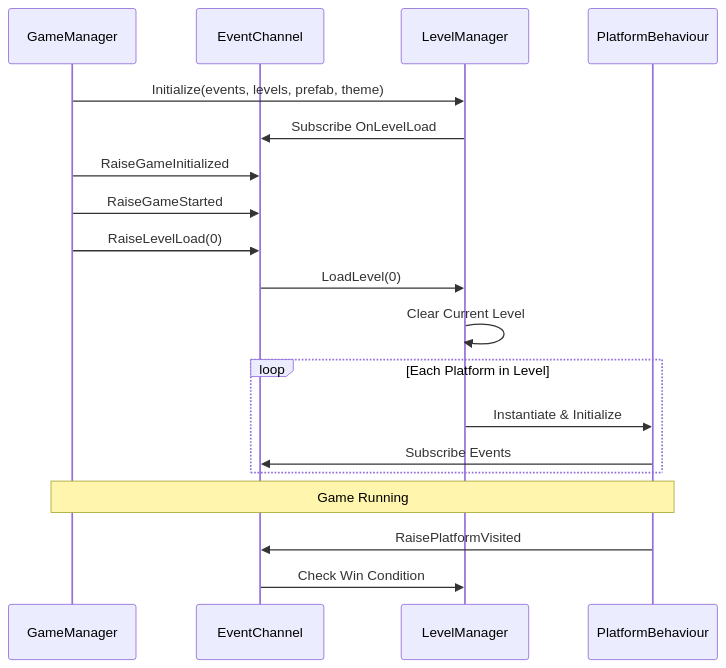
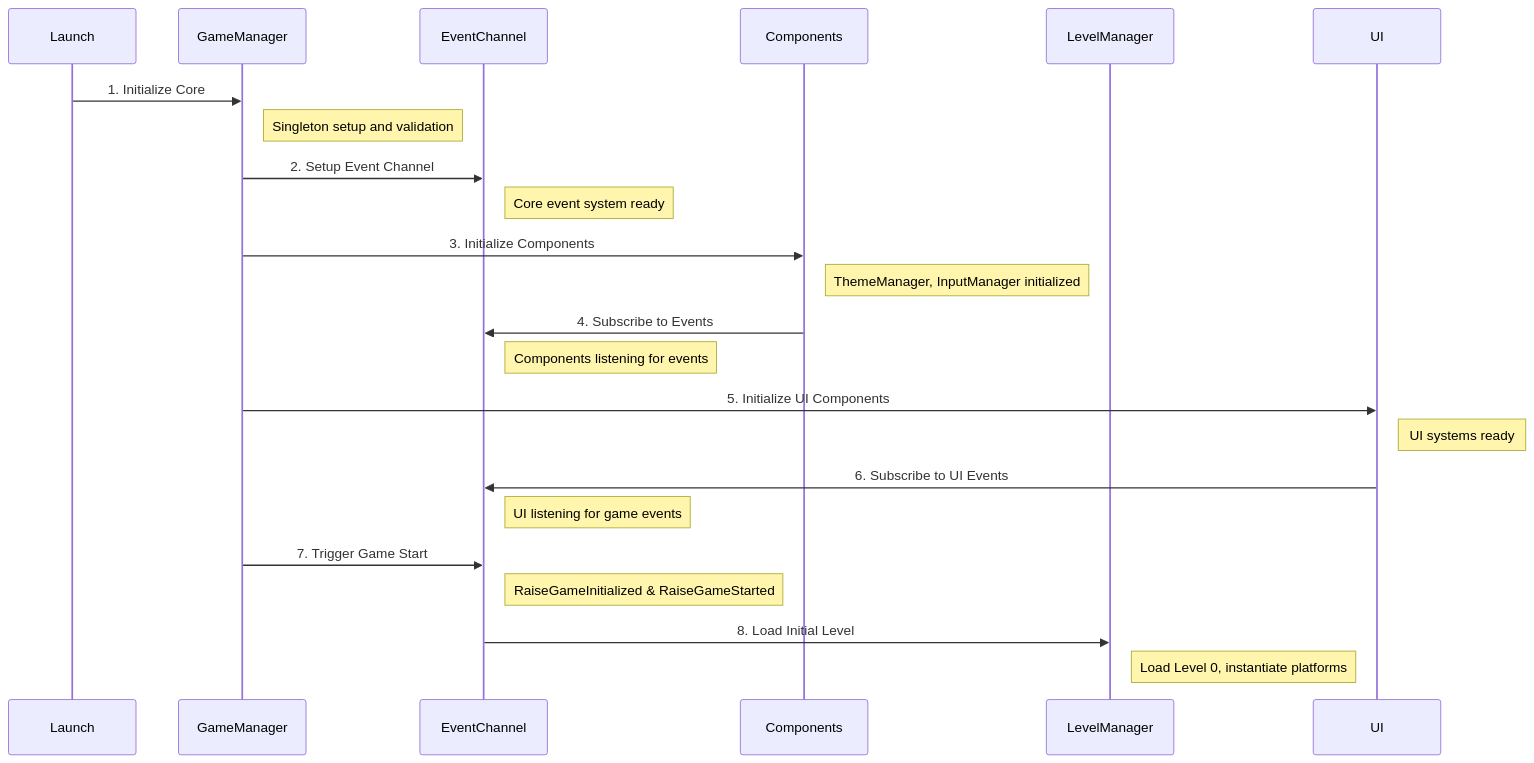
The diagram in GameArchitecture/readme.md (MaesAntoine/review), drawn with Mermaid before and after one commit.

Commit message:
adjusted diagram

````diff
--- a/GameArchitecture/readme.md
+++ b/GameArchitecture/readme.md
@@ -11,29 +11,33 @@
 ```mermaid
 sequenceDiagram
+    participant Launch
     participant GameManager
     participant EventChannel
+    participant Components
     participant LevelManager
-    participant PlatformBehaviour
+    participant UI
 
-    %% Core Initialization
-    GameManager->>LevelManager: Initialize(events, levels, prefab, theme)
-    LevelManager->>EventChannel: Subscribe OnLevelLoad
+    Launch->>GameManager: 1. Initialize Core
+    Note right of GameManager: Singleton setup and validation
 
-    %% Game Start
-    GameManager->>EventChannel: RaiseGameInitialized
-    GameManager->>EventChannel: RaiseGameStarted
-    GameManager->>EventChannel: RaiseLevelLoad(0)
+    GameManager->>EventChannel: 2. Setup Event Channel
+    Note right of EventChannel: Core event system ready
 
-    %% Level Setup
-    EventChannel->>LevelManager: LoadLevel(0)
-    LevelManager->>LevelManager: Clear Current Level
-    loop Each Platform in Level
-        LevelManager->>PlatformBehaviour: Instantiate & Initialize
-        PlatformBehaviour->>EventChannel: Subscribe Events
-    end
+    GameManager->>Components: 3. Initialize Components
+    Note right of Components: ThemeManager, InputManager initialized
 
-    %% Game Loop
-    Note over GameManager,PlatformBehaviour: Game Running
-    PlatformBehaviour->>EventChannel: RaisePlatformVisited
-    EventChannel->>LevelManager: Check Win Condition
+    Components->>EventChannel: 4. Subscribe to Events
+    Note right of EventChannel: Components listening for events
+
+    GameManager->>UI: 5. Initialize UI Components
+    Note right of UI: UI systems ready
+
+    UI->>EventChannel: 6. Subscribe to UI Events
+    Note right of EventChannel: UI listening for game events
+
+    GameManager->>EventChannel: 7. Trigger Game Start
+    Note right of EventChannel: RaiseGameInitialized & RaiseGameStarted
+
+    EventChannel->>LevelManager: 8. Load Initial Level
+    Note right of LevelManager: Load Level 0, instantiate platforms
 ```
````
